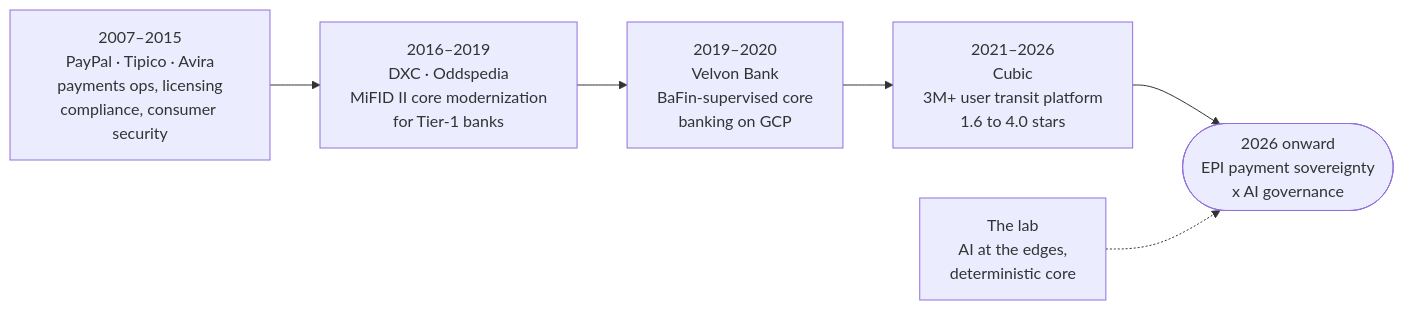
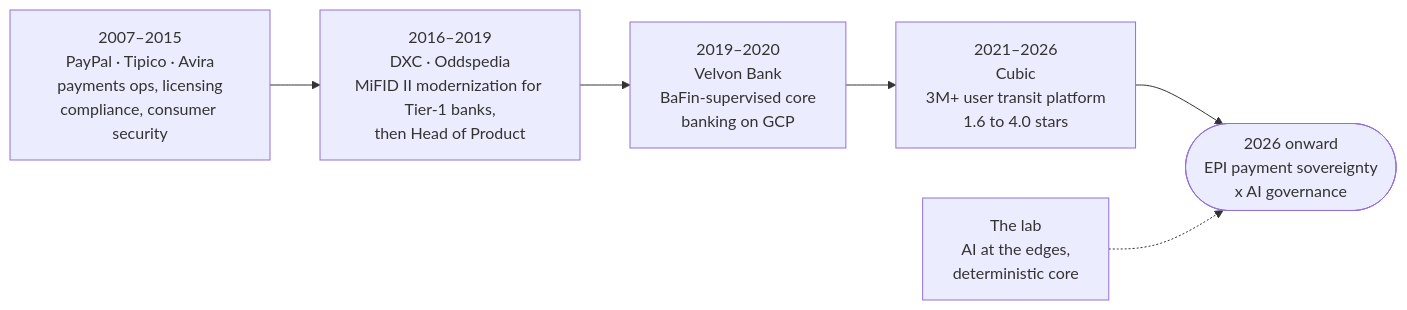
Before and after one commit to maurice-jobst/maurice-jobst: the diagram in README.md, drawn with Mermaid. The commit also changed other lines of this file, not shown here.

First line of the commit message:
profile: fix the Oddspedia label in the career diagram, add colleague quotes

````diff
--- a/README.md
+++ b/README.md
@@ -38,12 +38,12 @@
 ```mermaid
 flowchart LR
     A["2007–2015<br/>PayPal · Tipico · Avira<br/>payments ops, licensing<br/>compliance, consumer security"]
-    B["2016–2019<br/>DXC · Oddspedia<br/>MiFID II core modernization<br/>for Tier-1 banks"]
+    B["2016–2019<br/>DXC · Oddspedia<br/>MiFID II modernization for Tier-1 banks,<br/>then Head of Product"]
     C["2019–2020<br/>Velvon Bank<br/>BaFin-supervised core<br/>banking on GCP"]
     D["2021–2026<br/>Cubic<br/>3M+ user transit platform<br/>1.6 to 4.0 stars"]
     E(["2026 onward<br/>EPI payment sovereignty<br/>x AI governance"])
     L["The lab<br/>AI at the edges,<br/>deterministic core"]
 
     A --> B --> C --> D --> E
     L -.-> E
 ```
````
